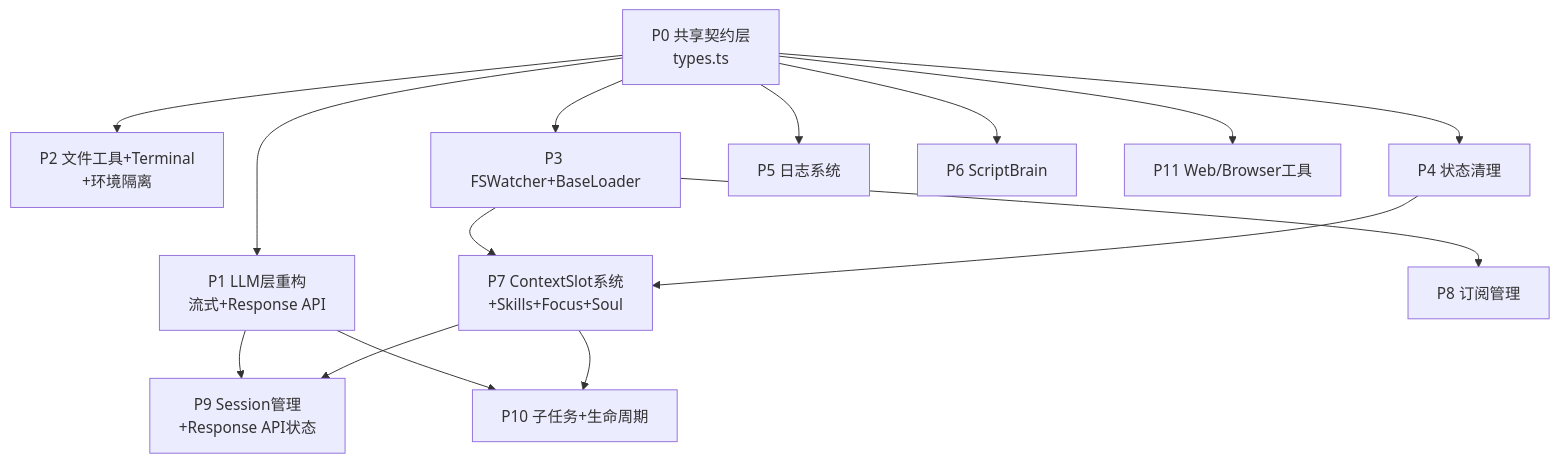
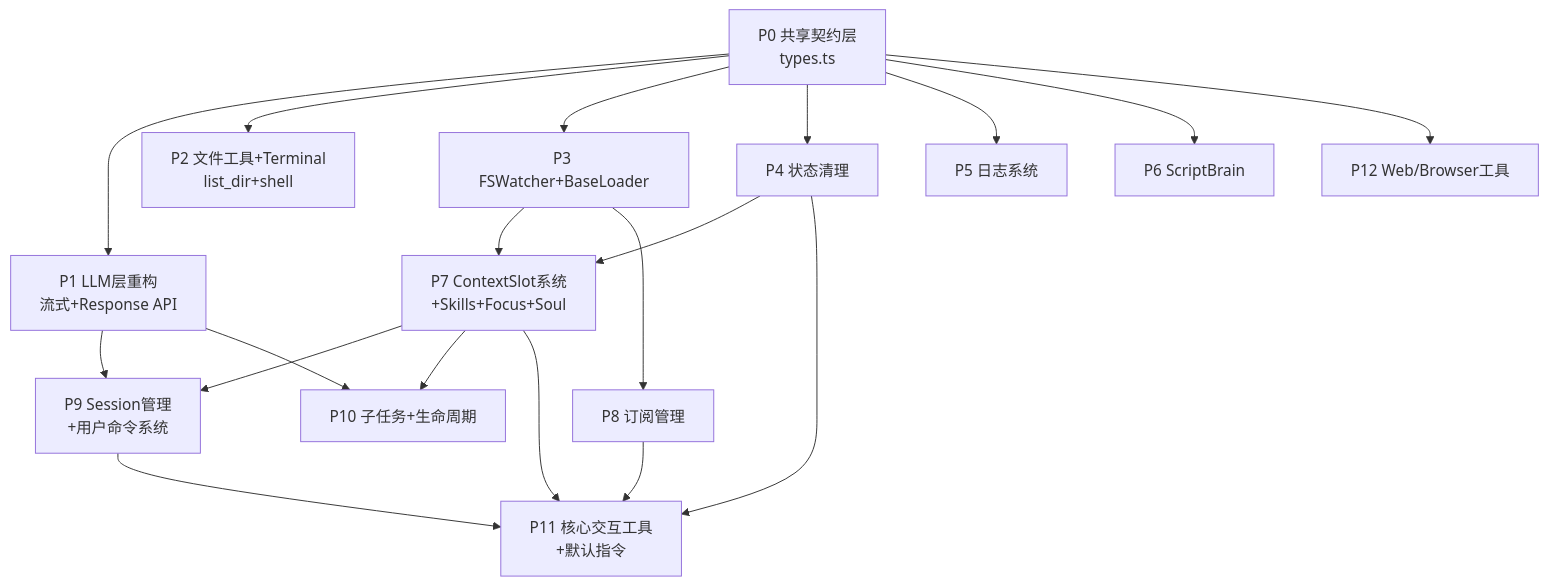
Before and after one commit to wu-tian807/minecortex: the diagram in docs/todo-plans/README.md, drawn with Mermaid. The commit also changed other lines of this file and 4 other files, not shown here.

````diff
--- a/docs/todo-plans/README.md
+++ b/docs/todo-plans/README.md
@@ -8,35 +8,41 @@
 ```mermaid
 flowchart TD
     P0["P0 共享契约层\ntypes.ts"]
 
     P1["P1 LLM层重构\n流式+Response API"]
-    P2["P2 文件工具+Terminal\n+环境隔离"]
+    P2["P2 文件工具+Terminal\nlist_dir+shell"]
     P3["P3 FSWatcher+BaseLoader"]
     P4["P4 状态清理"]
     P5["P5 日志系统"]
     P6["P6 ScriptBrain"]
-    P11["P11 Web/Browser工具"]
+    P12["P12 Web/Browser工具"]
 
     P7["P7 ContextSlot系统\n+Skills+Focus+Soul"]
     P8["P8 订阅管理"]
 
-    P9["P9 Session管理\n+Response API状态"]
+    P9["P9 Session管理\n+用户命令系统"]
     P10["P10 子任务+生命周期"]
+    P11["P11 核心交互工具\n+默认指令"]
 
     P0 --> P1
     P0 --> P2
     P0 --> P3
     P0 --> P4
     P0 --> P5
     P0 --> P6
-    P0 --> P11
+    P0 --> P12
 
     P3 --> P7
     P3 --> P8
     P4 --> P7
 
     P1 --> P9
     P7 --> P9
     P1 --> P10
     P7 --> P10
+
+    P4 --> P11
+    P7 --> P11
+    P8 --> P11
+    P9 --> P11
 ```
````
